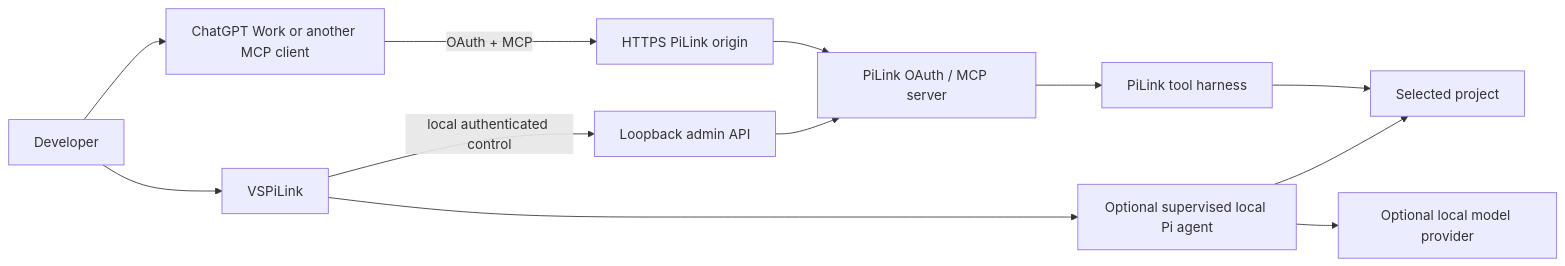
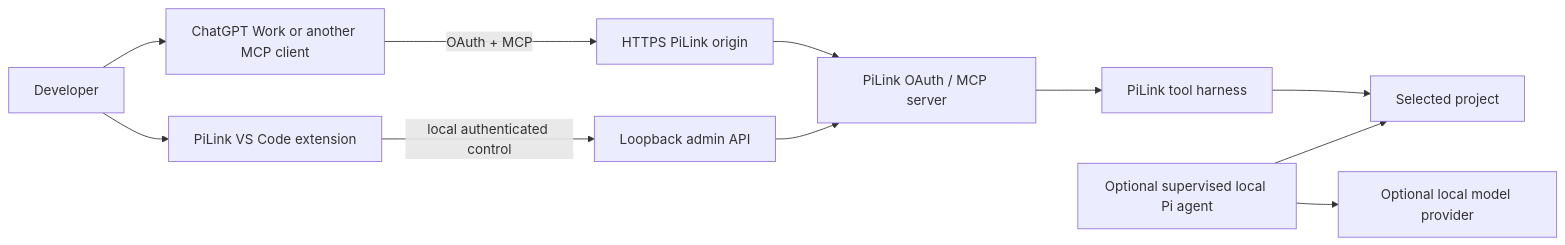
Before and after one commit to roccoangelella/PiLink: the first of 2 diagrams in docs/ARCHITECTURE.md, drawn with Mermaid. The commit also changed other lines of this file, not shown here.

Commit message:
docs: align architecture with launcher-only extension

````diff
--- a/docs/ARCHITECTURE.md
+++ b/docs/ARCHITECTURE.md
@@ -11,25 +11,24 @@
 ```mermaid
 flowchart LR
     User[Developer]
     Client[ChatGPT Work or another MCP client]
     Public[HTTPS PiLink origin]
     Server[PiLink OAuth / MCP server]
     Harness[PiLink tool harness]
     Workspace[Selected project]
-    VSCode[VSPiLink]
+    VSCode[PiLink VS Code extension]
     Admin[Loopback admin API]
     Provider[Optional local model provider]
     LocalAgent[Optional supervised local Pi agent]
 
     User --> Client
     Client -->|OAuth + MCP| Public
     Public --> Server
     Server --> Harness
     Harness --> Workspace
     User --> VSCode
     VSCode -->|local authenticated control| Admin
     Admin --> Server
-    VSCode --> LocalAgent
     LocalAgent --> Workspace
     LocalAgent --> Provider
 ```
````
